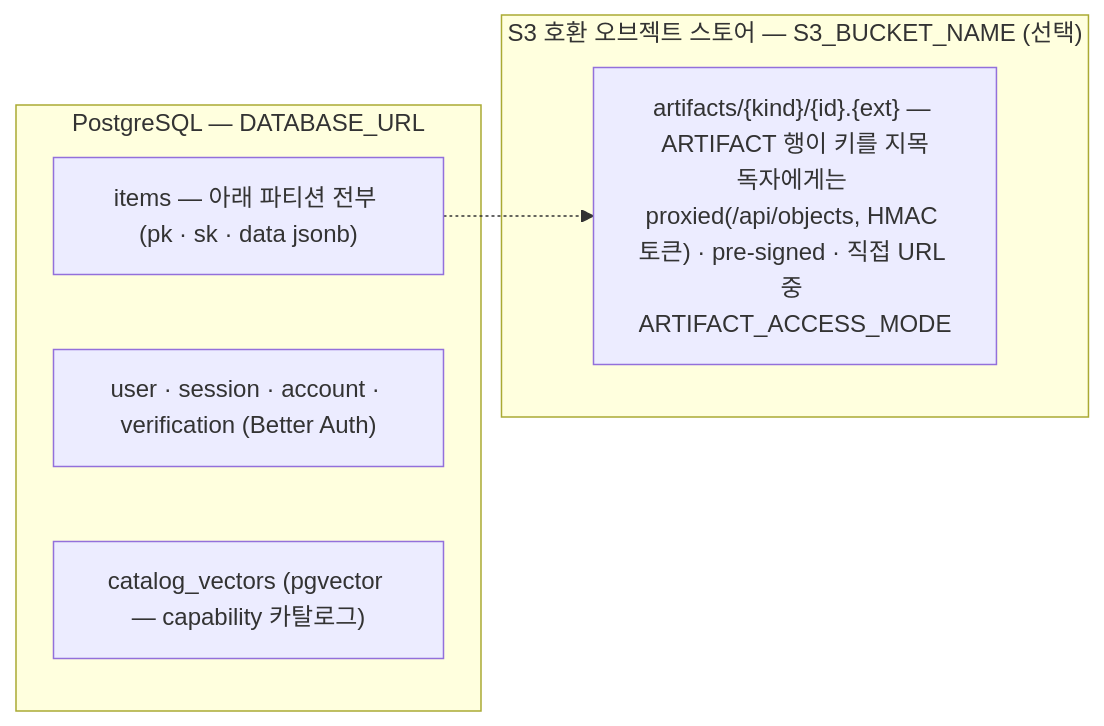
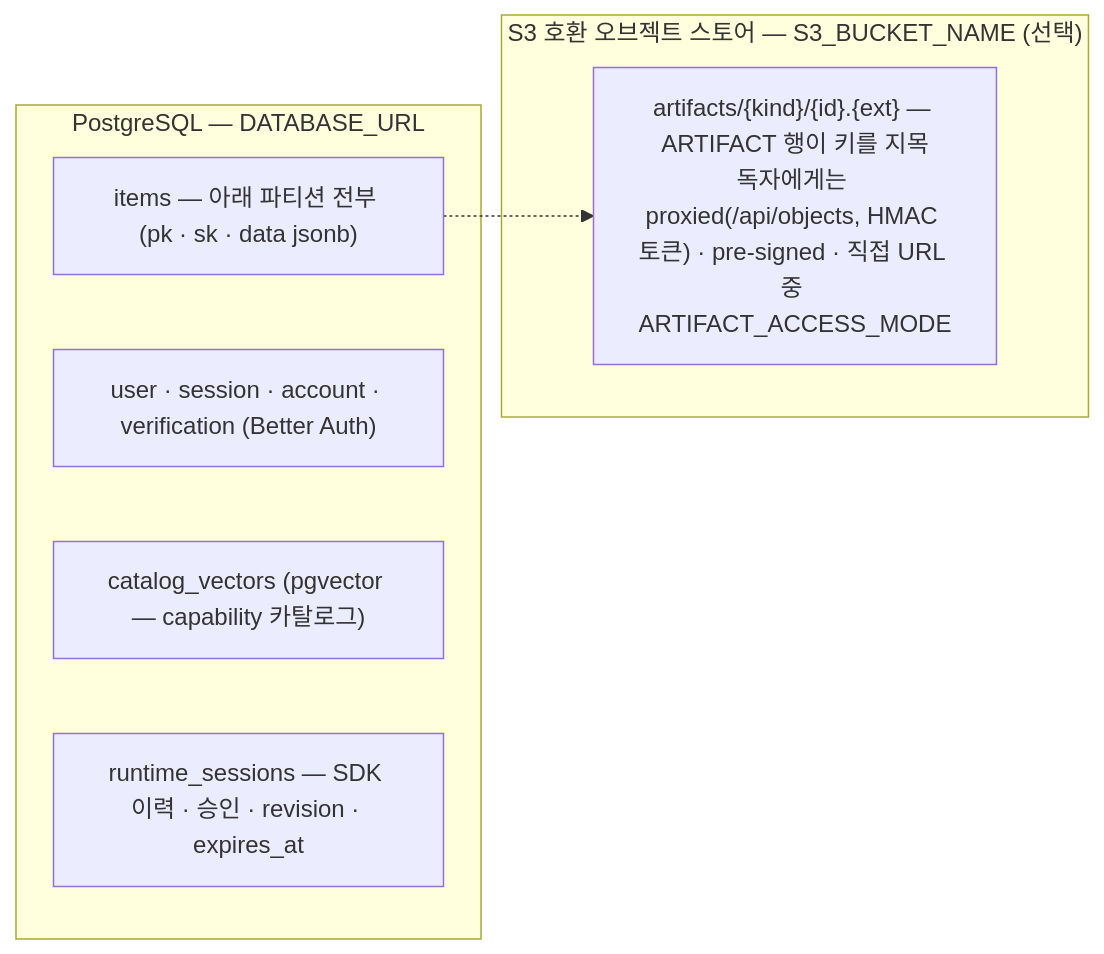
Before and after one commit to opspresso/agent-studio: the sixth of 8 diagrams in docs/DIAGRAMS.md, drawn with Mermaid. The commit also changed other lines of this file and 12 other files, not shown here.

Commit message:
docs: align docs with the current SDK runtime

````diff
--- a/docs/DIAGRAMS.md
+++ b/docs/DIAGRAMS.md
@@ -213,12 +217,13 @@
 ```mermaid
 flowchart LR
   subgraph db["PostgreSQL — DATABASE_URL"]
     items["items — 아래 파티션 전부 (pk · sk · data jsonb)"]
     auth["user · session · account · verification (Better Auth)"]
     vectors["catalog_vectors (pgvector — capability 카탈로그)"]
+    sessions["runtime_sessions — SDK 이력 · 승인 · revision · expires_at"]
   end
   subgraph objects["S3 호환 오브젝트 스토어 — S3_BUCKET_NAME (선택)"]
     objs["artifacts/{kind}/{id}.{ext} — ARTIFACT 행이 키를 지목<br/>독자에게는 proxied(/api/objects, HMAC 토큰) · pre-signed · 직접 URL 중 ARTIFACT_ACCESS_MODE"]
   end
   items -.-> objs
 ```
````
